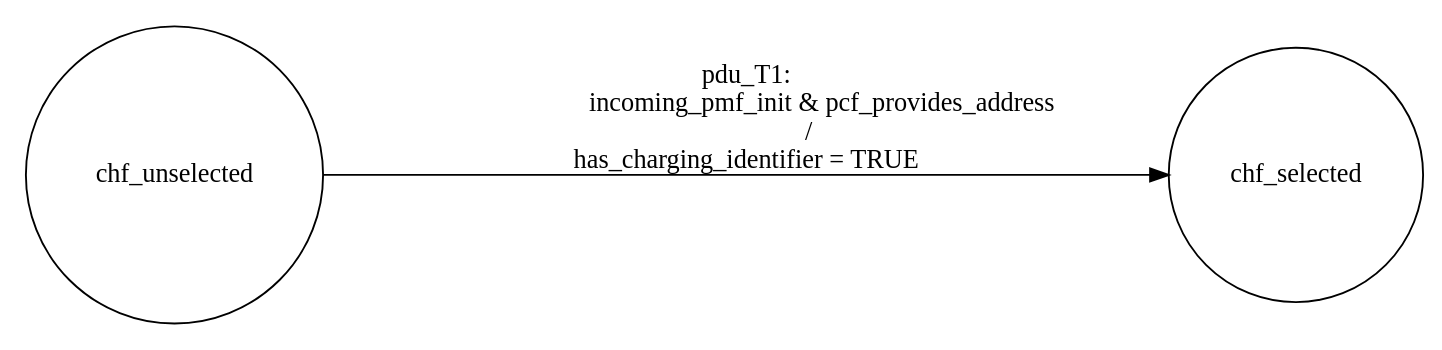
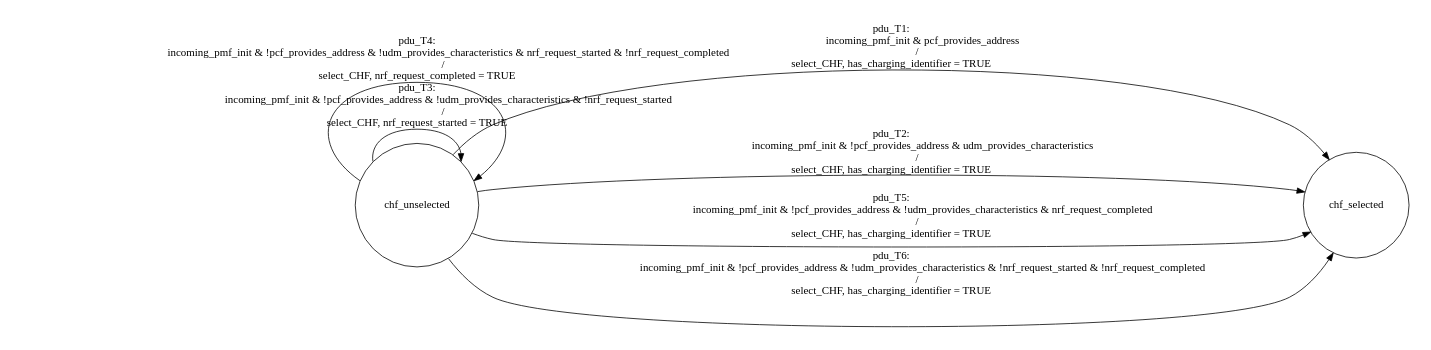
The diagram in SMF.dot (lyonthezhang/CHFInspector), drawn with Graphviz before and after one commit. The commit also changed 4 other files, not shown here.

```diff
--- a/SMF.dot
+++ b/SMF.dot
@@ -1,10 +1,30 @@
 digraph SMF{
 rankdir = LR;
 size = "8,5"
 node [shape = circle, label="chf_unselected"]chf_unselected;
 node [shape = circle, label="chf_selected"]chf_selected;
 chf_unselected -> chf_selected [label = "pdu_T1: 
                         incoming_pmf_init & pcf_provides_address
                     /
-has_charging_identifier = TRUE"]
+select_CHF, has_charging_identifier = TRUE"]
+chf_unselected -> chf_selected [label = "pdu_T2: 
+                        incoming_pmf_init & !pcf_provides_address & udm_provides_characteristics
+                    /
+select_CHF, has_charging_identifier = TRUE"]
+chf_unselected -> chf_unselected [label = "pdu_T3: 
+                        incoming_pmf_init & !pcf_provides_address & !udm_provides_characteristics & !nrf_request_started
+                    /
+select_CHF, nrf_request_started = TRUE"]
+chf_unselected -> chf_unselected [label = "pdu_T4: 
+                        incoming_pmf_init & !pcf_provides_address & !udm_provides_characteristics & nrf_request_started & !nrf_request_completed
+                    /
+select_CHF, nrf_request_completed = TRUE"]
+chf_unselected -> chf_selected [label = "pdu_T5: 
+                        incoming_pmf_init & !pcf_provides_address & !udm_provides_characteristics & nrf_request_completed
+                    /
+select_CHF, has_charging_identifier = TRUE"]
+chf_unselected -> chf_selected [label = "pdu_T6: 
+                        incoming_pmf_init & !pcf_provides_address & !udm_provides_characteristics & !nrf_request_started & !nrf_request_completed
+                    /
+select_CHF, has_charging_identifier = TRUE"]
 }
```
